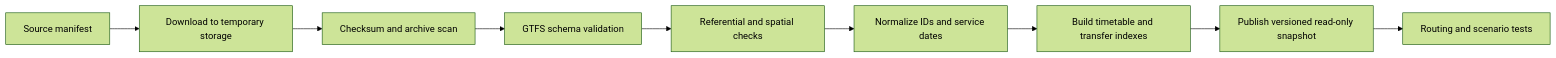
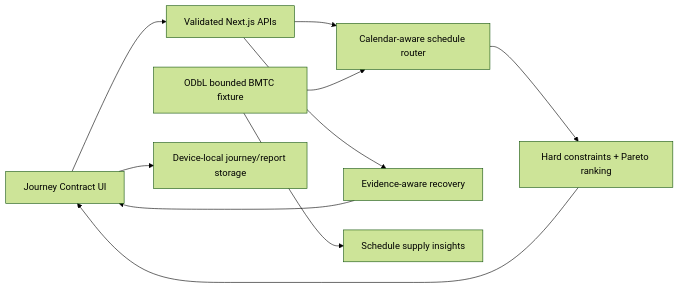
The diagram in README.md (DSGAMING98/NammaLink), drawn with Mermaid (forest theme) before and after one commit. The commit also changed other lines of this file and 6 other files, not shown here.

````diff
--- a/README.md
+++ b/README.md
@@ -258,11 +50,12 @@
 ```mermaid
 flowchart LR
-    A["Source manifest"] --> B["Download to temporary storage"]
-    B --> C["Checksum and archive scan"]
-    C --> D["GTFS schema validation"]
-    D --> E["Referential and spatial checks"]
-    E --> F["Normalize IDs and service dates"]
-    F --> G["Build timetable and transfer indexes"]
-    G --> H["Publish versioned read-only snapshot"]
-    H --> I["Routing and scenario tests"]
+    UI["Journey Contract UI"] --> API["Validated Next.js APIs"]
+    API --> ROUTER["Calendar-aware schedule router"]
+    DATA["ODbL bounded BMTC fixture"] --> ROUTER
+    ROUTER --> RANK["Hard constraints + Pareto ranking"]
+    RANK --> UI
+    API --> RECOVERY["Evidence-aware recovery"]
+    RECOVERY --> UI
+    DATA --> INSIGHTS["Schedule supply insights"]
+    UI --> LOCAL["Device-local journey/report storage"]
 ```
````
